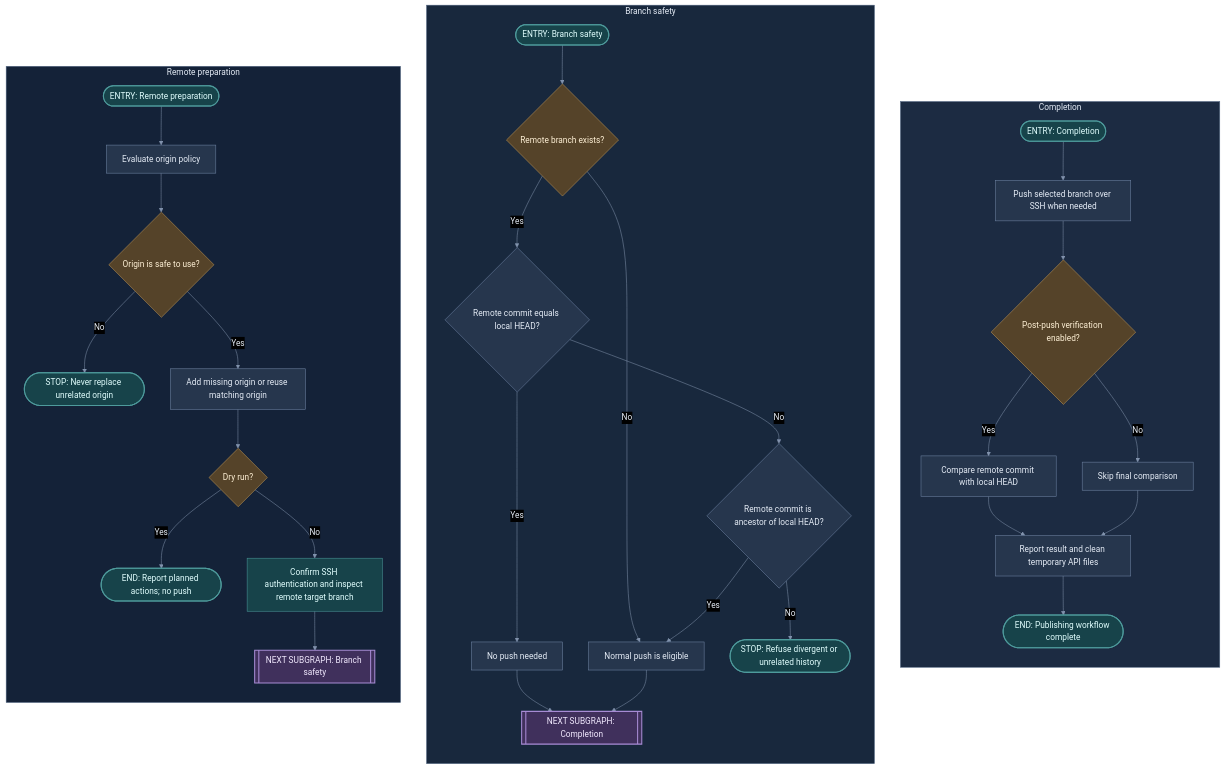
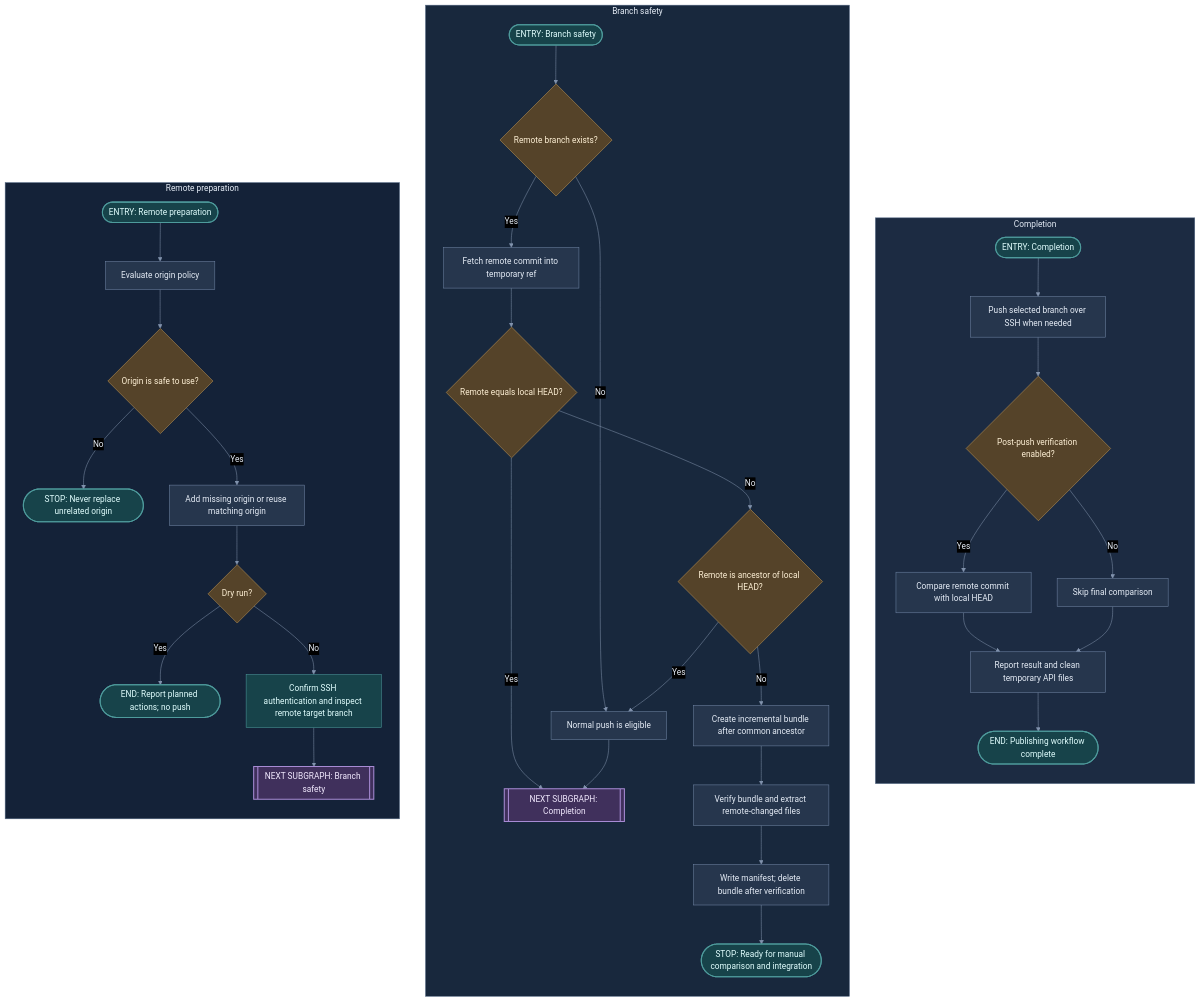
The third of 3 diagrams in README/015_program_flow.md (TheInternetTutor/ghputil), drawn with Mermaid before and after one commit. The commit also changed other lines of this file and 12 other files, not shown here.

Commit message:
Add remote recovery bundle extraction

````diff
--- a/README/015_program_flow.md
+++ b/README/015_program_flow.md
@@ -130,53 +130,56 @@
 ```mermaid
 %%{init: {"theme":"base","themeVariables":{"darkMode":true,"background":"#0b1220","primaryColor":"#26364d","primaryTextColor":"#e6edf7","primaryBorderColor":"#7186a6","lineColor":"#8293ad","secondaryColor":"#1b2a40","tertiaryColor":"#172338","clusterBkg":"#172338","clusterBorder":"#526783","fontFamily":"Arial, sans-serif"}}}%%
 flowchart TB
   subgraph H[Completion]
     direction TB
     H0([ENTRY: Completion])
     H0 --> H1[Push selected branch over SSH when needed]
     H1 --> H2{Post-push verification enabled?}
     H2 -- Yes --> H3[Compare remote commit with local HEAD]
     H2 -- No --> H4[Skip final comparison]
     H3 --> H5[Report result and clean temporary API files]
     H4 --> H5
     H5 --> H6([END: Publishing workflow complete])
   end
   subgraph G[Branch safety]
     direction TB
     G0([ENTRY: Branch safety])
     G0 --> G1{Remote branch exists?}
     G1 -- No --> G5[Normal push is eligible]
-    G1 -- Yes --> G2{Remote commit equals local HEAD?}
-    G2 -- Yes --> G3[No push needed]
-    G2 -- No --> G4{Remote commit is ancestor of local HEAD?}
+    G1 -- Yes --> G2[Fetch remote commit into temporary ref]
+    G2 --> G3{Remote equals local HEAD?}
+    G3 -- Yes --> G7[[NEXT SUBGRAPH: Completion]]
+    G3 -- No --> G4{Remote is ancestor of local HEAD?}
     G4 -- Yes --> G5
-    G4 -- No --> G6([STOP: Refuse divergent or unrelated history])
-    G3 --> G7[[NEXT SUBGRAPH: Completion]]
+    G4 -- No --> G6[Create incremental bundle after common ancestor]
+    G6 --> G8[Verify bundle and extract remote-changed files]
+    G8 --> G9[Write manifest; delete bundle after verification]
+    G9 --> G10([STOP: Ready for manual comparison and integration])
     G5 --> G7
   end
   subgraph F[Remote preparation]
     direction TB
     F0([ENTRY: Remote preparation])
     F0 --> F1[Evaluate origin policy]
     F1 --> F1A{Origin is safe to use?}
     F1A -- No --> FSTOP([STOP: Never replace unrelated origin])
     F1A -- Yes --> F2[Add missing origin or reuse matching origin]
     F2 --> F3{Dry run?}
     F3 -- Yes --> F4([END: Report planned actions; no push])
     F3 -- No --> F5[Confirm SSH authentication and inspect remote target branch]
     F5 --> F6[[NEXT SUBGRAPH: Branch safety]]
   end
   classDef process fill:#26364d,stroke:#7186a6,color:#e6edf7,stroke-width:1px;
   classDef decision fill:#554329,stroke:#c69b58,color:#fff1d6,stroke-width:1px;
   classDef secure fill:#17434a,stroke:#4e9b9c,color:#e2ffff,stroke-width:1px;
   classDef handoff fill:#40305c,stroke:#a78bd4,color:#f2eaff,stroke-width:2px;
   classDef endpoint fill:#17434a,stroke:#4e9b9c,color:#e2ffff,stroke-width:2px;
-  class F1,F2,G2,G4,G5,H1,H3,H4,H5 process;
+  class F1,F2,G2,G6,G8,G9,G5,H1,H3,H4,H5 process;
   class F5 secure;
-  class F1A,F3,G1,H2 decision;
+  class F1A,F3,G1,G3,G4,H2 decision;
   class F6,G7 handoff;
-  class F0,G0,H0,FSTOP,F4,G6,H6 endpoint;
+  class F0,G0,H0,FSTOP,F4,G10,H6 endpoint;
   style F fill:#142238,stroke:#526783,stroke-width:1px,color:#e6edf7
   style G fill:#18283d,stroke:#526783,stroke-width:1px,color:#e6edf7
   style H fill:#1c2b42,stroke:#526783,stroke-width:1px,color:#e6edf7
 ```
````
